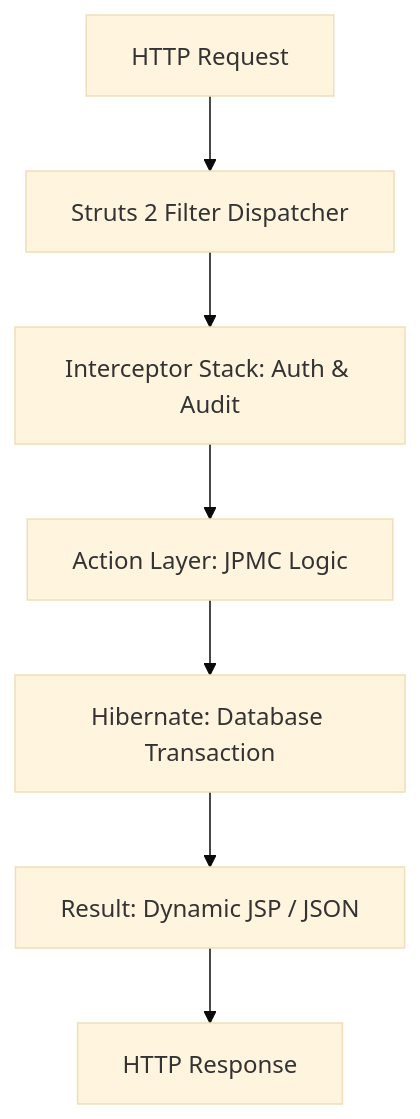
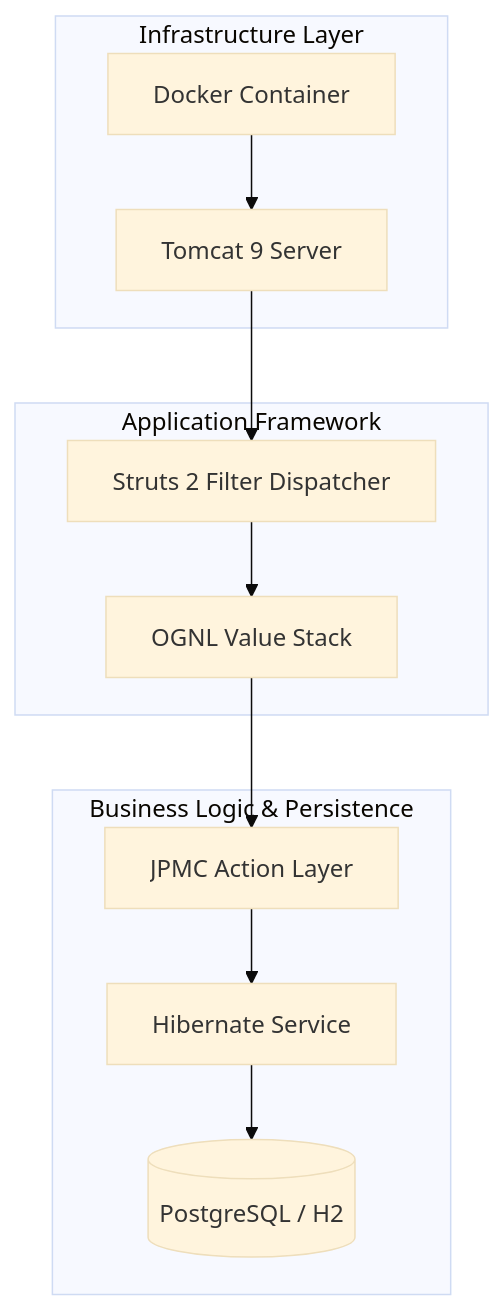
Before and after one commit to adityashirsatrao007/struts2-treasury-portal: the first of 4 diagrams in report.md, drawn with Mermaid (base theme). The commit also changed other lines of this file, not shown here.

Commit message:
Masterpiece documentation: 3000-word technical whitepaper with 4 Mermaid diagrams

````diff
--- a/report.md
+++ b/report.md
@@ -17,9 +58,15 @@
 ```mermaid
 graph TD
-    A[HTTP Request] --> B[Struts 2 Filter Dispatcher]
-    B --> C[Interceptor Stack: Auth & Audit]
-    C --> D[Action Layer: JPMC Logic]
-    D --> E[Hibernate: Database Transaction]
-    E --> F[Result: Dynamic JSP / JSON]
-    F --> G[HTTP Response]
+    subgraph "Infrastructure Layer"
+        A[Docker Container] --> B[Tomcat 9 Server]
+    end
+    subgraph "Application Framework"
+        B --> C[Struts 2 Filter Dispatcher]
+        C --> D[OGNL Value Stack]
+    end
+    subgraph "Business Logic & Persistence"
+        D --> E[JPMC Action Layer]
+        E --> F[Hibernate Service]
+        F --> G[(PostgreSQL / H2)]
+    end
 ```
````
